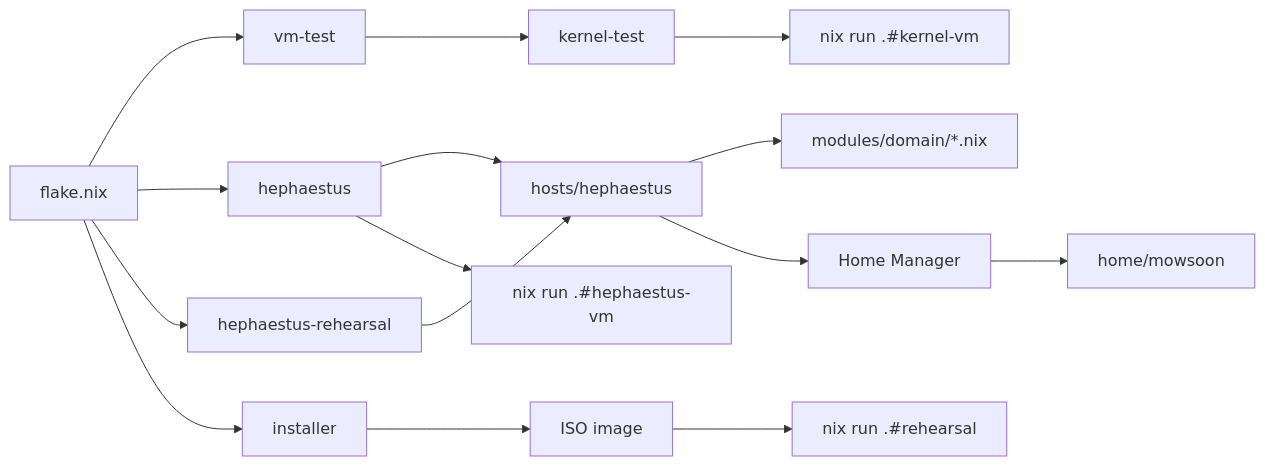
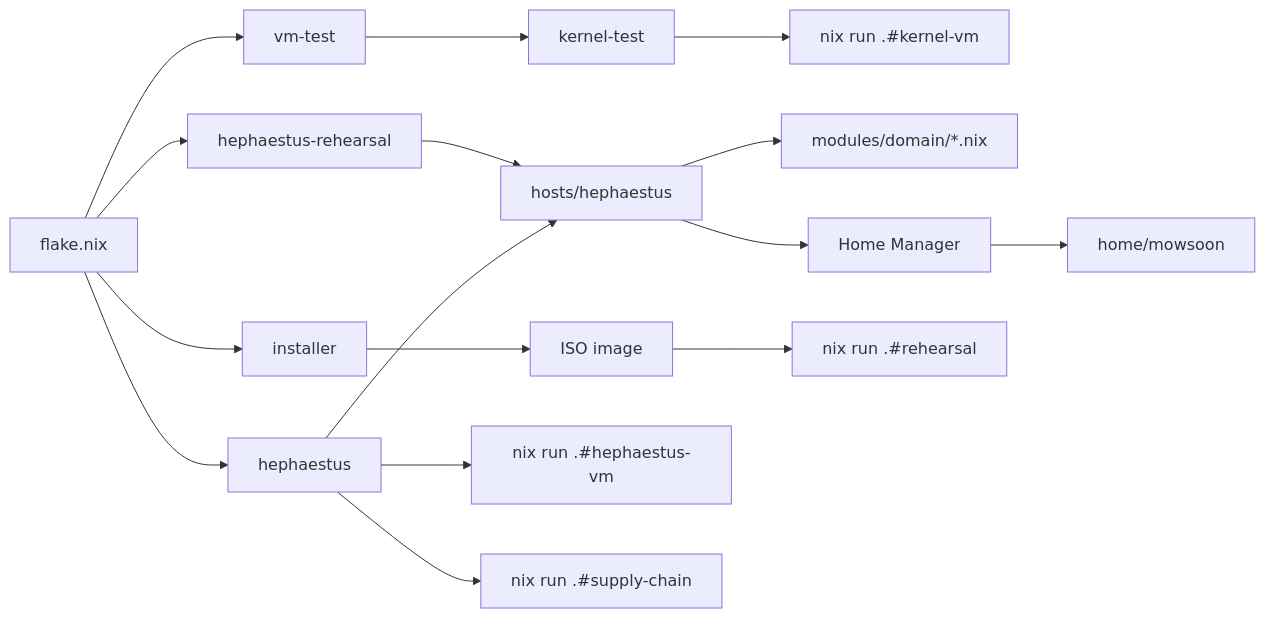
The diagram in docs/architecture/overview.md (Mowsoon/nixos_config), drawn with Mermaid before and after one commit. The commit also changed other lines of this file and 5 other files, not shown here.

Commit message:
Add a supply-chain app that builds the candidate without activating it and writes the SBOMs of a closure

````diff
--- a/docs/architecture/overview.md
+++ b/docs/architecture/overview.md
@@ -9,17 +9,18 @@
 ```mermaid
 flowchart LR
   flake[flake.nix] --> vmtest[vm-test]
   vmtest --> kerneltest[kernel-test]
   kerneltest --> kernelvm[nix run .#kernel-vm]
   flake --> heph[hephaestus]
   flake --> rehearsal[hephaestus-rehearsal]
   flake --> installer[installer]
   heph --> hostfiles[hosts/hephaestus]
   rehearsal --> hostfiles
   hostfiles --> modules[modules/domain/*.nix]
   hostfiles --> hm[Home Manager]
   hm --> home[home/mowsoon]
   installer --> iso[ISO image]
   iso --> app[nix run .#rehearsal]
   heph --> vm[nix run .#hephaestus-vm]
+  heph --> supply[nix run .#supply-chain]
 ```
````
